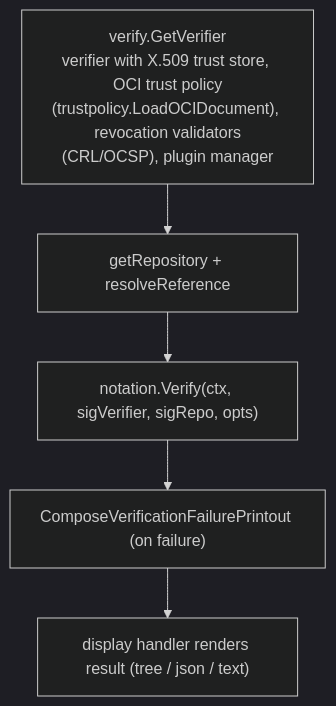
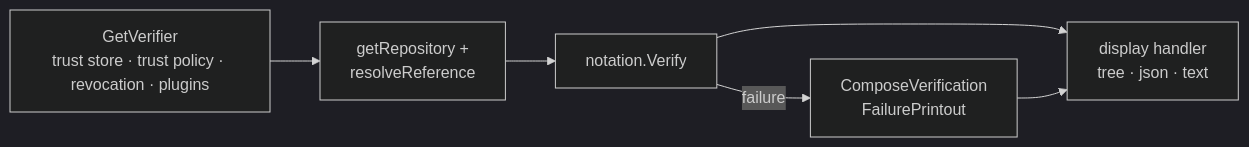
Before and after one commit to notaryproject/notation: the third of 4 diagrams in ARCHITECTURE.md, drawn with Mermaid (dark theme). The commit also changed other lines of this file, not shown here.

First line of the commit message:
docs: redesign mermaid diagrams and clarify Trust Model source of truth

````diff
--- a/ARCHITECTURE.md
+++ b/ARCHITECTURE.md
@@ -67,10 +64,8 @@
 ```mermaid
-flowchart TD
-    A["verify.GetVerifier<br/>verifier with X.509 trust store, OCI trust policy<br/>(trustpolicy.LoadOCIDocument), revocation validators<br/>(CRL/OCSP), plugin manager"]
-    B["getRepository + resolveReference"]
-    C["notation.Verify(ctx, sigVerifier, sigRepo, opts)"]
-    D["ComposeVerificationFailurePrintout (on failure)"]
-    E["display handler renders result (tree / json / text)"]
-
-    A --> B --> C --> D --> E
+flowchart LR
+    A["GetVerifier<br/>trust store · trust policy · revocation · plugins"] --> B["getRepository +<br/>resolveReference"]
+    B --> C["notation.Verify"]
+    C -->|failure| D["ComposeVerification<br/>FailurePrintout"]
+    C --> E["display handler<br/>tree · json · text"]
+    D --> E
 ```
````
